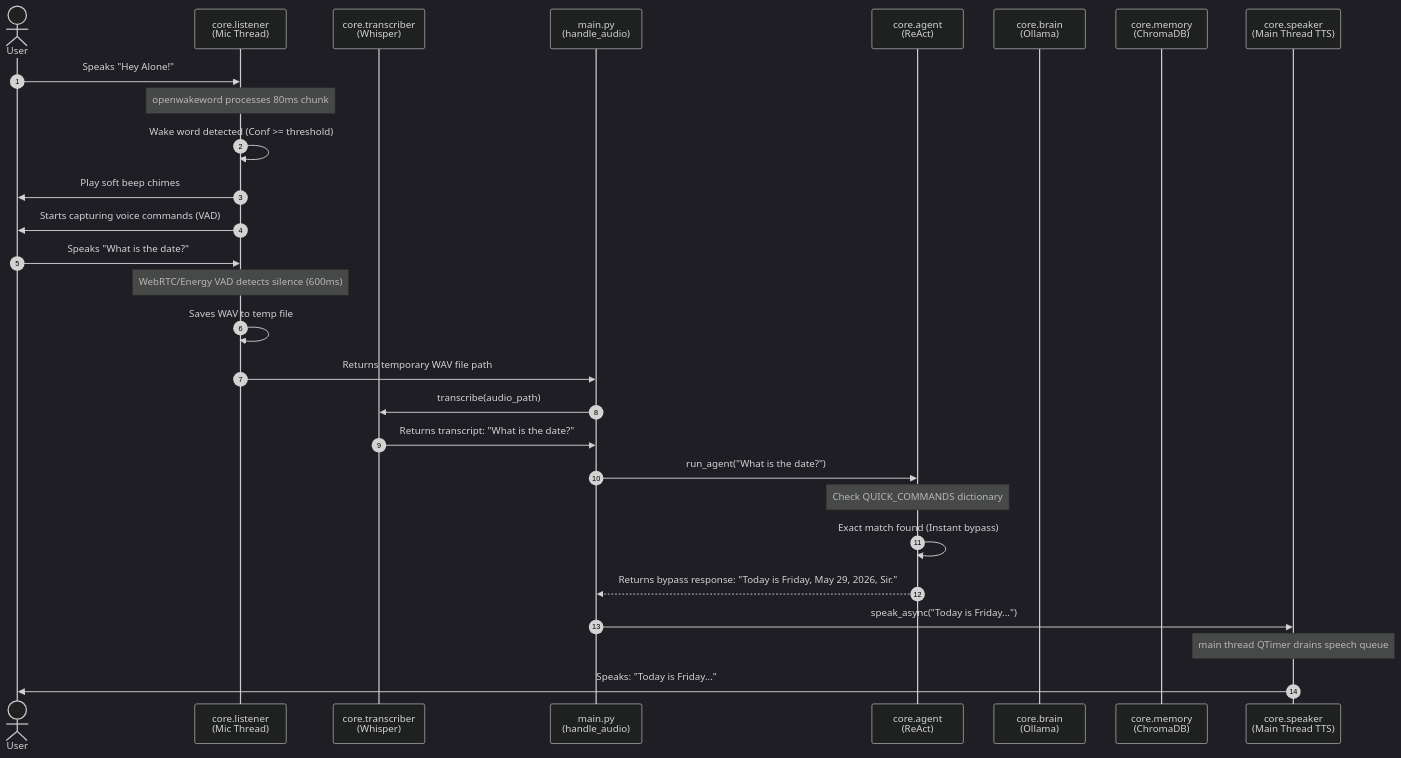
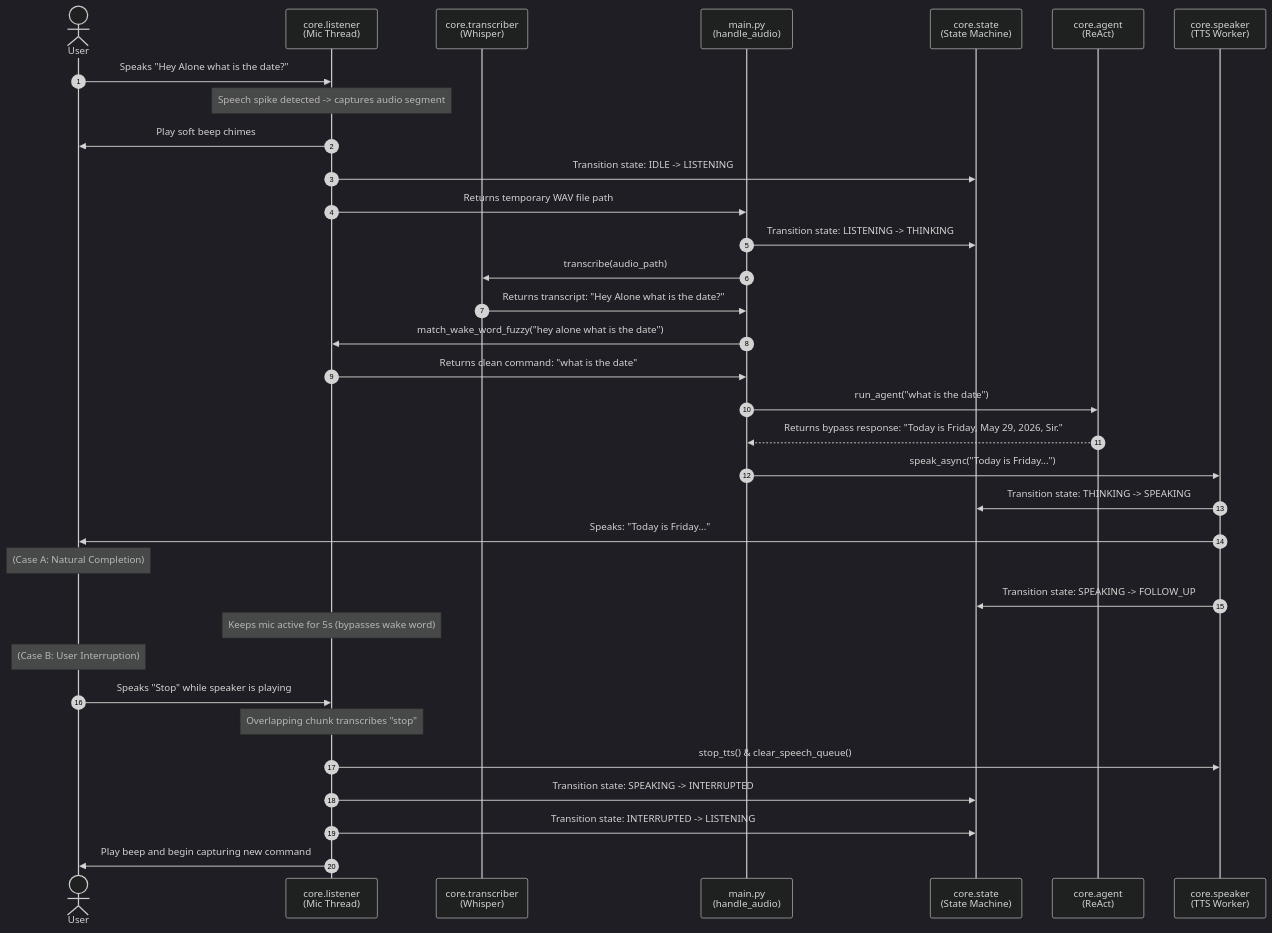
One commit to CodeItAlone/A.L.O.N.E. changed the diagram in docs/VOICE_PIPELINE.md. Above: the diagram before and after it, drawn with Mermaid (dark theme). The commit also changed other lines of this file, not shown here.

Commit message:
docs(voice-ux): update VOICE_PIPELINE.md to document state machine, barge-in, one-shot wake-word, and follow-up window

````diff
--- a/docs/VOICE_PIPELINE.md
+++ b/docs/VOICE_PIPELINE.md
@@ -24,34 +26,42 @@
 ```mermaid
 sequenceDiagram
     autonumber
     actor User
     participant Listener as core.listener<br/>(Mic Thread)
     participant Transcriber as core.transcriber<br/>(Whisper)
     participant Main as main.py<br/>(handle_audio)
+    participant State as core.state<br/>(State Machine)
     participant Agent as core.agent<br/>(ReAct)
-    participant LLM as core.brain<br/>(Ollama)
-    participant DB as core.memory<br/>(ChromaDB)
-    participant Speaker as core.speaker<br/>(Main Thread TTS)
+    participant Speaker as core.speaker<br/>(TTS Worker)
 
-    User->>Listener: Speaks "Hey Alone!"
-    Note over Listener: openwakeword processes 80ms chunk
-    Listener->>Listener: Wake word detected (Conf >= threshold)
+    User->>Listener: Speaks "Hey Alone what is the date?"
+    Note over Listener: Speech spike detected -> captures audio segment
     Listener->>User: Play soft beep chimes
-    Listener->>User: Starts capturing voice commands (VAD)
-    User->>Listener: Speaks "What is the date?"
-    Note over Listener: WebRTC/Energy VAD detects silence (600ms)
-    Listener->>Listener: Saves WAV to temp file
+    Listener->>State: Transition state: IDLE -> LISTENING
     Listener->>Main: Returns temporary WAV file path
     
+    Main->>State: Transition state: LISTENING -> THINKING
     Main->>Transcriber: transcribe(audio_path)
-    Transcriber->>Main: Returns transcript: "What is the date?"
+    Transcriber->>Main: Returns transcript: "Hey Alone what is the date?"
+    Main->>Listener: match_wake_word_fuzzy("hey alone what is the date")
+    Listener->>Main: Returns clean command: "what is the date"
     
-    Main->>Agent: run_agent("What is the date?")
-    Note over Agent: Check QUICK_COMMANDS dictionary
-    Agent->>Agent: Exact match found (Instant bypass)
-    
+    Main->>Agent: run_agent("what is the date")
     Agent-->>Main: Returns bypass response: "Today is Friday, May 29, 2026, Sir."
     Main->>Speaker: speak_async("Today is Friday...")
-    Note over Speaker: main thread QTimer drains speech queue
+    
+    Speaker->>State: Transition state: THINKING -> SPEAKING
     Speaker->>User: Speaks: "Today is Friday..."
+    
+    Note over User: (Case A: Natural Completion)
+    Speaker->>State: Transition state: SPEAKING -> FOLLOW_UP
+    Note over Listener: Keeps mic active for 5s (bypasses wake word)
+    
+    Note over User: (Case B: User Interruption)
+    User->>Listener: Speaks "Stop" while speaker is playing
+    Note over Listener: Overlapping chunk transcribes "stop"
+    Listener->>Speaker: stop_tts() & clear_speech_queue()
+    Listener->>State: Transition state: SPEAKING -> INTERRUPTED
+    Listener->>State: Transition state: INTERRUPTED -> LISTENING
+    Listener->>User: Play beep and begin capturing new command
 ```
````
